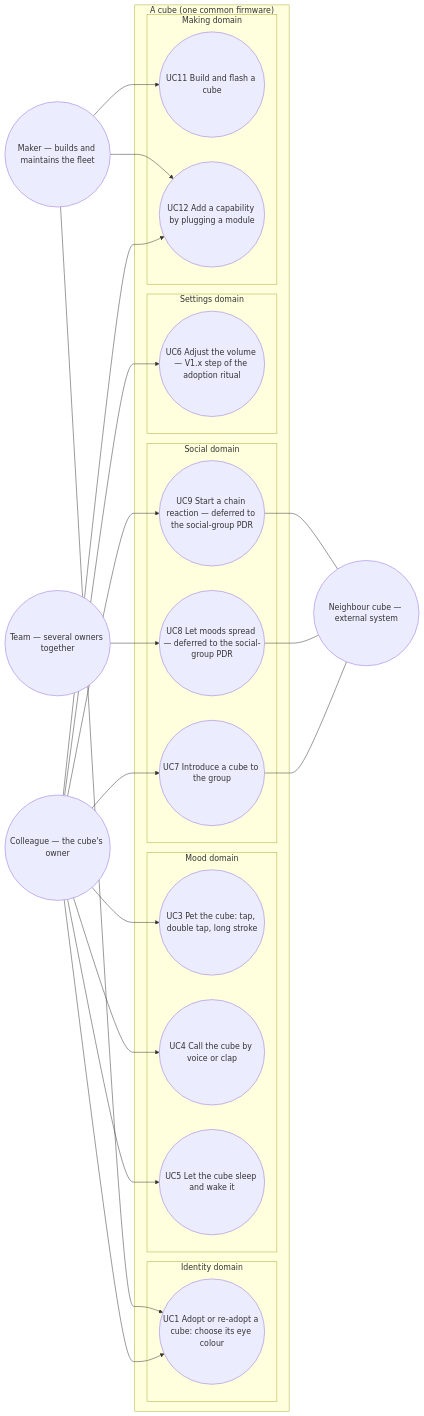
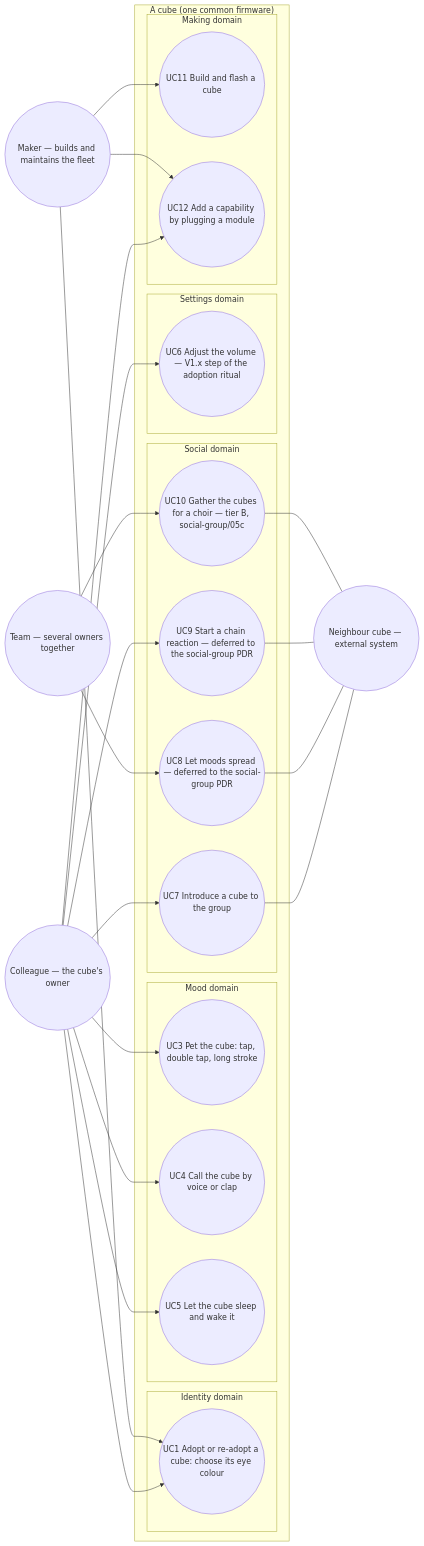
Before and after one commit to benoit-bremaud/cubbies: the diagram in docs/architecture/diagrams/cube-core/01-use-case.md, drawn with Mermaid. The commit also changed other lines of this file and 21 other files, not shown here.

First line of the commit message:
feat(social): G4 synchronised choir — a stroke starts one melody, one voice per cube (#57) (#58)

````diff
--- a/docs/architecture/diagrams/cube-core/01-use-case.md
+++ b/docs/architecture/diagrams/cube-core/01-use-case.md
@@ -22,46 +22,49 @@
 ```mermaid
 flowchart LR
   Colleague(("Colleague — the cube's owner"))
   Team(("Team — several owners together"))
   Maker(("Maker — builds and maintains the fleet"))
   Neighbour(("Neighbour cube — external system"))
 
   subgraph SYSTEM ["A cube (one common firmware)"]
     subgraph Identity ["Identity domain"]
       UC1(("UC1 Adopt or re-adopt a cube: choose its eye colour"))
     end
     subgraph Mood ["Mood domain"]
       UC3(("UC3 Pet the cube: tap, double tap, long stroke"))
       UC4(("UC4 Call the cube by voice or clap"))
       UC5(("UC5 Let the cube sleep and wake it"))
     end
     subgraph Social ["Social domain"]
       UC7(("UC7 Introduce a cube to the group"))
       UC8(("UC8 Let moods spread — deferred to the social-group PDR"))
       UC9(("UC9 Start a chain reaction — deferred to the social-group PDR"))
+      UC10(("UC10 Gather the cubes for a choir — tier B, social-group/05c"))
     end
     subgraph Settings ["Settings domain"]
       UC6(("UC6 Adjust the volume — V1.x step of the adoption ritual"))
     end
     subgraph Making ["Making domain"]
       UC11(("UC11 Build and flash a cube"))
       UC12(("UC12 Add a capability by plugging a module"))
     end
   end
 
   Colleague --> UC1
   Colleague --> UC3
   Colleague --> UC4
   Colleague --> UC5
   Colleague --> UC7
   Colleague --> UC6
   Team --> UC8
   Colleague --> UC9
+  Team --> UC10
   Maker --> UC11
   Colleague --> UC12
   Maker --> UC12
   Maker --> UC1
   UC7 --- Neighbour
   UC8 --- Neighbour
   UC9 --- Neighbour
+  UC10 --- Neighbour
 ```
````
